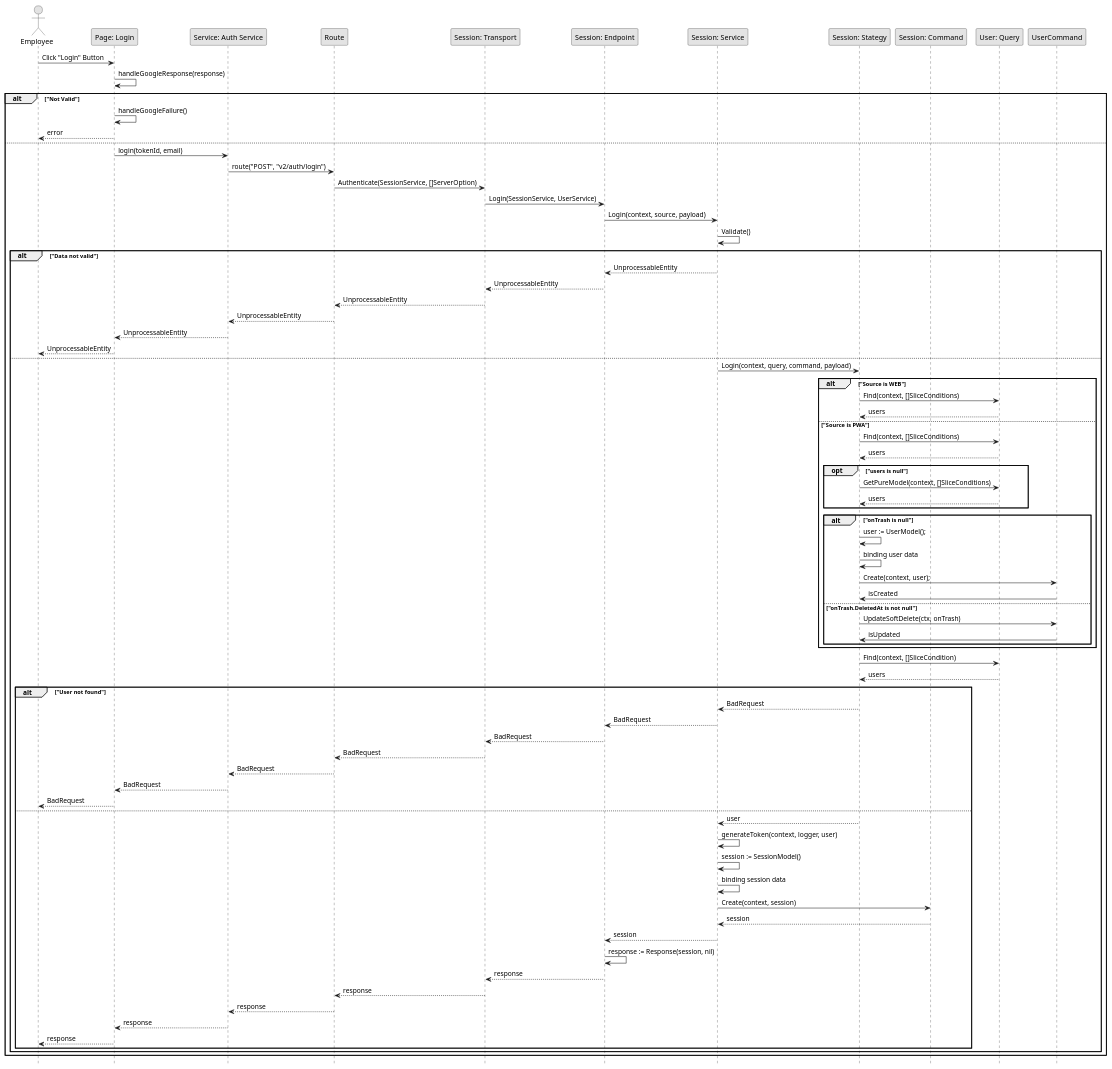
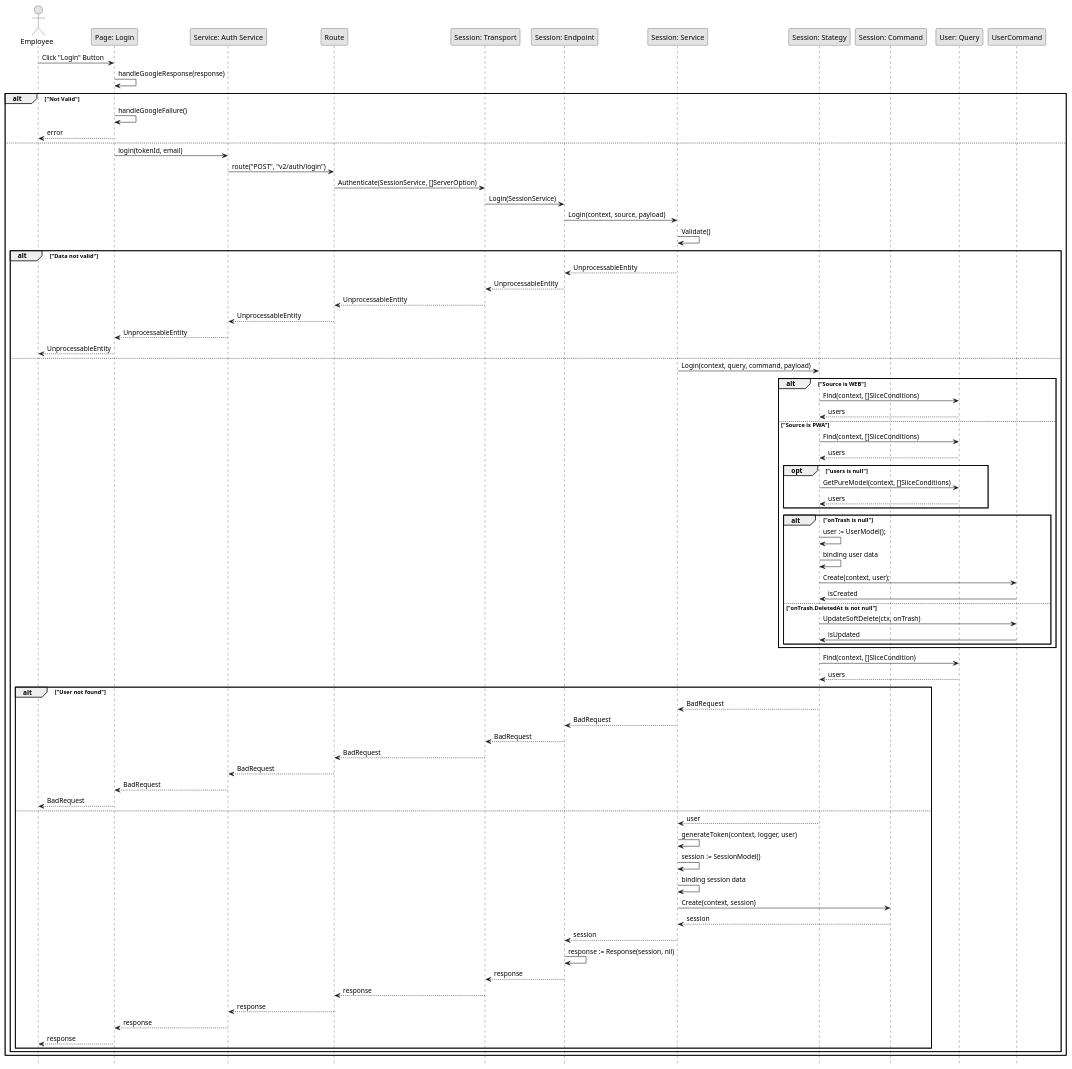
One commit to fwidjaya20/fazzlearning-uml changed the diagram in Sequence/Release01/Login.wsd. Above: the diagram before and after it, drawn with PlantUML. The commit also changed 7 other files, not shown here.

Commit message:
fix(diagram): fix invalid function name

```diff
--- a/Sequence/Release01/Login.wsd
+++ b/Sequence/Release01/Login.wsd
@@ -1,95 +1,95 @@
 @startuml Login
 
 skinparam Monochrome true
 skinparam Shadowing false
 hide footbox
 
 actor Employee
 participant "Page: Login" as LoginPage
 participant "Service: Auth Service" as FEAuthService
 participant "Route" as Route
 participant "Session: Transport" as SessionTransport
 participant "Session: Endpoint" as SessionEndpoint
 participant "Session: Service" as SessionService
 participant "Session: Stategy" as SessionStrategy
 participant "Session: Command" as SessionCommand
 participant "User: Query" as UserQuery
 
 Employee->LoginPage: Click "Login" Button
 LoginPage->LoginPage: handleGoogleResponse(response)
 
 alt "Not Valid"
     LoginPage->LoginPage: handleGoogleFailure()
     LoginPage-->Employee: error
 else
     LoginPage->FEAuthService: login(tokenId, email)
     FEAuthService->Route: route("POST", "v2/auth/login")
 
     Route->SessionTransport: Authenticate(SessionService, []ServerOption)
-    SessionTransport->SessionEndpoint: Login(SessionService, UserService)
+    SessionTransport->SessionEndpoint: Login(SessionService)
     SessionEndpoint->SessionService: Login(context, source, payload)
     SessionService->SessionService: Validate()
 
     alt "Data not valid"
         SessionService-->SessionEndpoint: UnprocessableEntity
         SessionEndpoint-->SessionTransport: UnprocessableEntity
         SessionTransport-->Route: UnprocessableEntity
         Route-->FEAuthService: UnprocessableEntity
         FEAuthService-->LoginPage: UnprocessableEntity
         LoginPage-->Employee: UnprocessableEntity
     else
         SessionService->SessionStrategy: Login(context, query, command, payload)
 
         alt "Source is WEB"
             SessionStrategy->UserQuery: Find(context, []SliceConditions)
             UserQuery-->SessionStrategy: users
         else "Source is PWA"
             SessionStrategy->UserQuery: Find(context, []SliceConditions)
             UserQuery-->SessionStrategy: users
 
             opt "users is null"
                 SessionStrategy->UserQuery: GetPureModel(context, []SliceConditions)
                 UserQuery-->SessionStrategy: users
             end
 
             alt "onTrash is null"
                 SessionStrategy->SessionStrategy: user := UserModel();
                 SessionStrategy->SessionStrategy: binding user data
                 SessionStrategy->UserCommand: Create(context, user);
                 UserCommand->SessionStrategy: isCreated
             else "onTrash.DeletedAt is not null"
                 SessionStrategy->UserCommand: UpdateSoftDelete(ctx, onTrash)
                 UserCommand->SessionStrategy: isUpdated
             end
         end
 
         SessionStrategy->UserQuery: Find(context, []SliceCondition)
         UserQuery-->SessionStrategy: users
 
         alt "User not found"
             SessionStrategy-->SessionService: BadRequest
             SessionService-->SessionEndpoint: BadRequest
             SessionEndpoint-->SessionTransport: BadRequest
             SessionTransport-->Route: BadRequest
             Route-->FEAuthService: BadRequest
             FEAuthService-->LoginPage: BadRequest
             LoginPage-->Employee: BadRequest
         else
             SessionStrategy-->SessionService: user
             SessionService->SessionService: generateToken(context, logger, user)
             SessionService->SessionService: session := SessionModel()
             SessionService->SessionService: binding session data
             SessionService->SessionCommand: Create(context, session)
             SessionCommand-->SessionService: session
             SessionService-->SessionEndpoint: session
             SessionEndpoint->SessionEndpoint: response := Response(session, nil)
             SessionEndpoint-->SessionTransport: response
             SessionTransport-->Route: response
             Route-->FEAuthService: response
             FEAuthService-->LoginPage: response
             LoginPage-->Employee: response
         end
     end
 end
 
 @enduml
```
